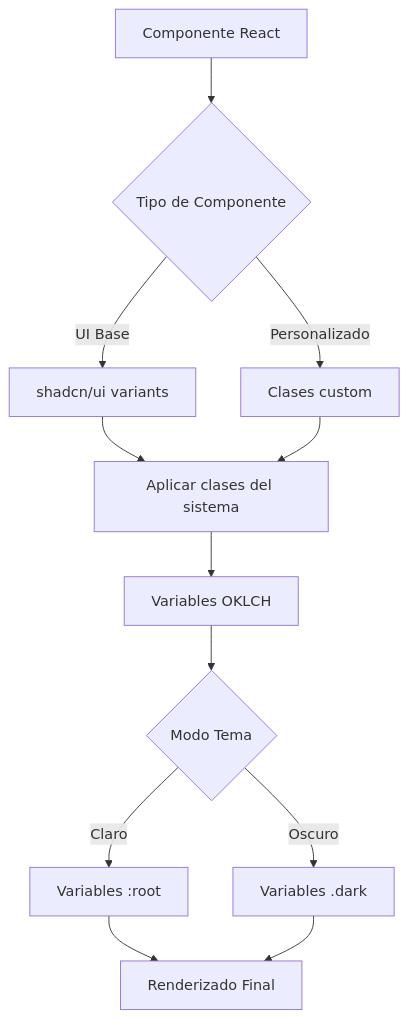
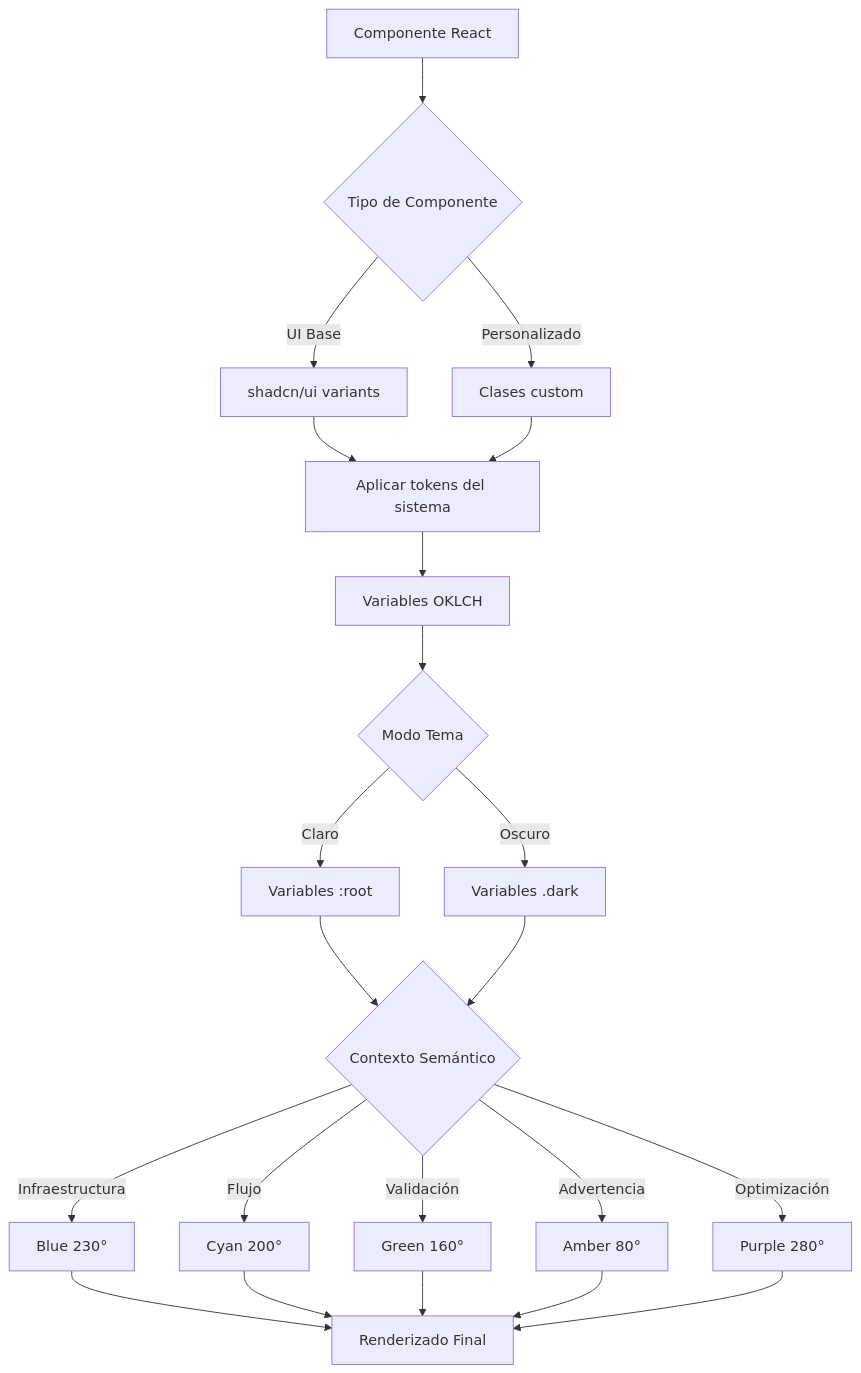
Before and after one commit to Mikisbell/HidroAliaga: the first of 2 diagrams in .kiro/specs/mejora-diseno-consistente/design.md, drawn with Mermaid. The commit also changed other lines of this file and 17 other files, not shown here.

````diff
--- a/.kiro/specs/mejora-diseno-consistente/design.md
+++ b/.kiro/specs/mejora-diseno-consistente/design.md
@@ -55,14 +772,24 @@
 ```mermaid
 graph TD
     A[Componente React] --> B{Tipo de Componente}
     B -->|UI Base| C[shadcn/ui variants]
     B -->|Personalizado| D[Clases custom]
-    C --> E[Aplicar clases del sistema]
+    C --> E[Aplicar tokens del sistema]
     D --> E
     E --> F[Variables OKLCH]
     F --> G{Modo Tema}
     G -->|Claro| H[Variables :root]
     G -->|Oscuro| I[Variables .dark]
-    H --> J[Renderizado Final]
+    H --> J{Contexto Semántico}
     I --> J
+    J -->|Infraestructura| K[Blue 230°]
+    J -->|Flujo| L[Cyan 200°]
+    J -->|Validación| M[Green 160°]
+    J -->|Advertencia| N[Amber 80°]
+    J -->|Optimización| O[Purple 280°]
+    K --> P[Renderizado Final]
+    L --> P
+    M --> P
+    N --> P
+    O --> P
 ```
````
